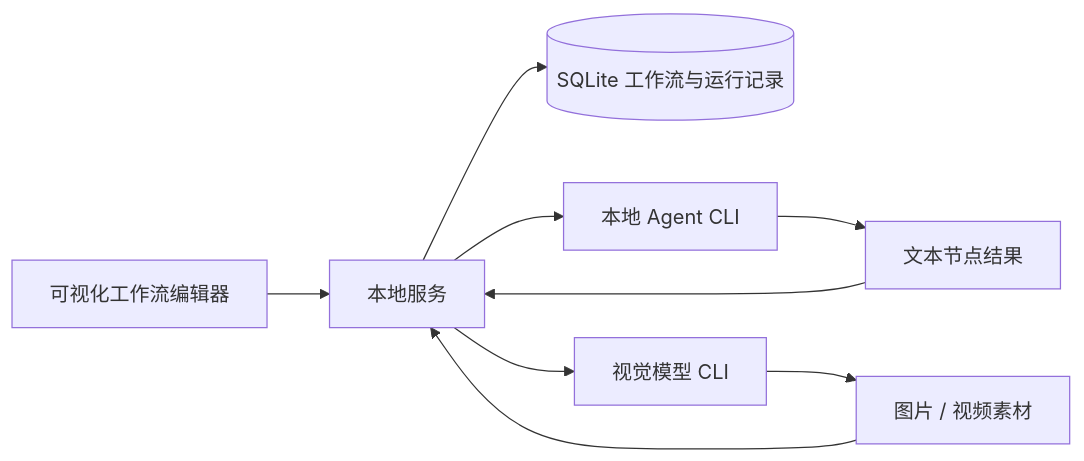
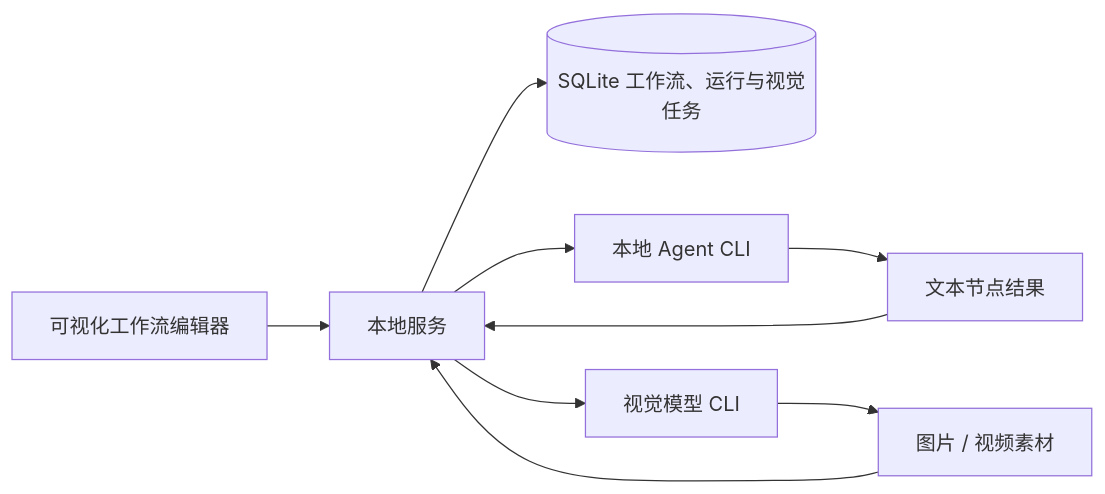
One commit to Julian-Huang-1/red-vedio-flow changed the diagram in README.md. Above: the diagram before and after it, drawn with Mermaid. The commit also changed other lines of this file and 101 other files, not shown here.

````diff
--- a/README.md
+++ b/README.md
@@ -40,11 +41,11 @@
 ```mermaid
 flowchart LR
     UI["可视化工作流编辑器"] --> SERVER["本地服务"]
-    SERVER --> DB[("SQLite 工作流与运行记录")]
+    SERVER --> DB[("SQLite 工作流、运行与视觉任务")]
     SERVER --> AGENT["本地 Agent CLI"]
     SERVER --> MODEL["视觉模型 CLI"]
     AGENT --> RESULT["文本节点结果"]
     MODEL --> ASSET["图片 / 视频素材"]
     RESULT --> SERVER
     ASSET --> SERVER
 ```
````
